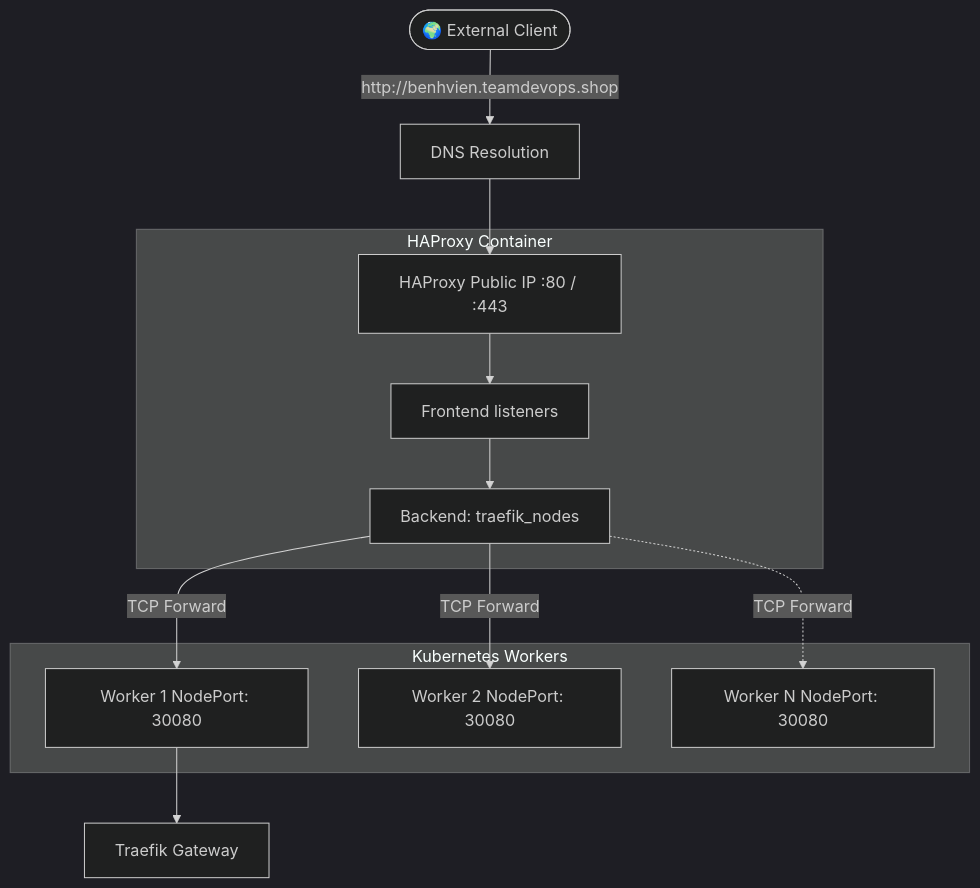
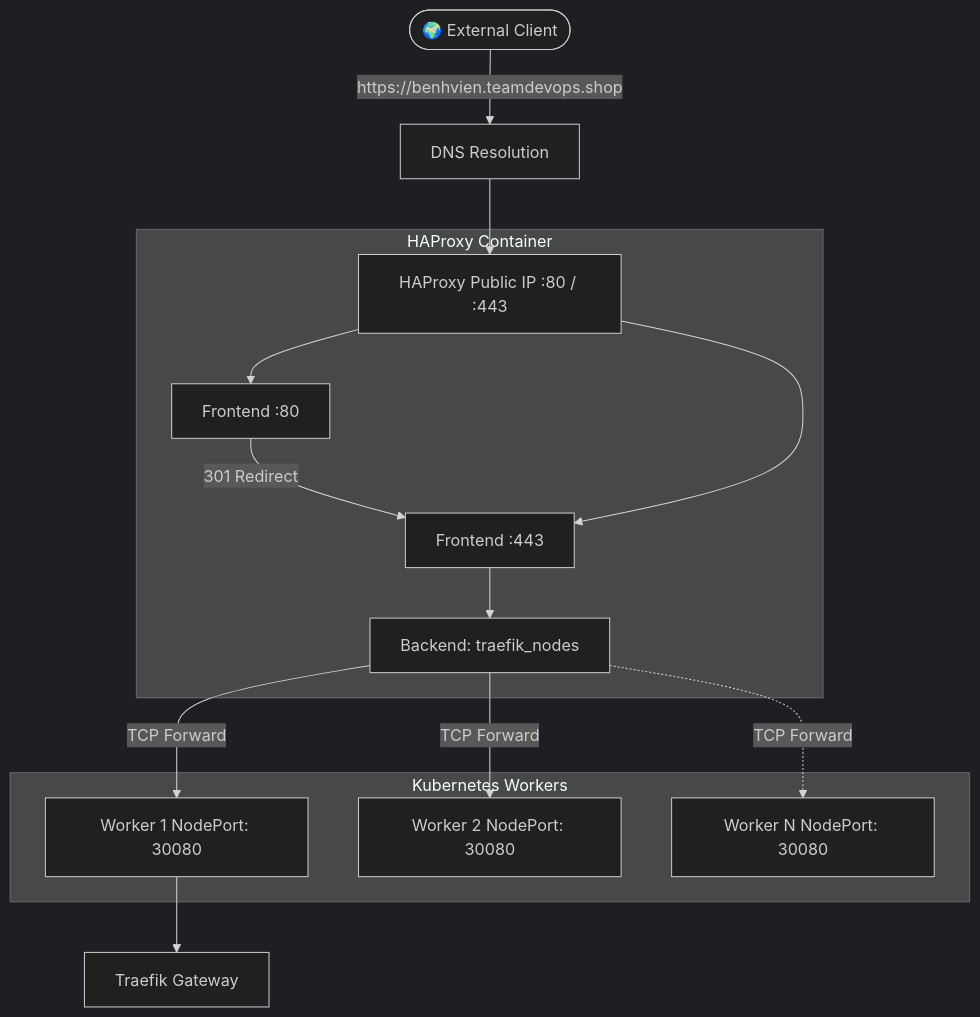
One commit to kien-devops/cicd-ecr-kube-ec2-gitaction changed the diagram in k8s-traefik-lb-demo/alb/README.md. Above: the diagram before and after it, drawn with Mermaid (dark theme). The commit also changed 15 other files, not shown here.

````diff
--- a/k8s-traefik-lb-demo/alb/README.md
+++ b/k8s-traefik-lb-demo/alb/README.md
@@ -11,20 +11,22 @@
 ```mermaid
 flowchart TD
     Client([🌍 External Client])
     
-    Client -->|http://benhvien.teamdevops.shop| DNS[DNS Resolution]
+    Client -->|https://benhvien.teamdevops.shop| DNS[DNS Resolution]
     DNS --> PublicIP[HAProxy Public IP :80 / :443]
     
     subgraph HAProxy Container
-        PublicIP --> Frontend[Frontend listeners]
-        Frontend --> Backend[Backend: traefik_nodes]
+        PublicIP --> Frontend80[Frontend :80]
+        Frontend80 -->|301 Redirect| Frontend443[Frontend :443]
+        PublicIP --> Frontend443
+        Frontend443 --> Backend[Backend: traefik_nodes]
     end
     
     subgraph Kubernetes Workers
         Backend -->|TCP Forward| Worker1[Worker 1 NodePort: 30080]
         Backend -->|TCP Forward| Worker2[Worker 2 NodePort: 30080]
         Backend -.->|TCP Forward| WorkerN[Worker N NodePort: 30080]
     end
     
     Worker1 --> Traefik[Traefik Gateway]
 ```
````
